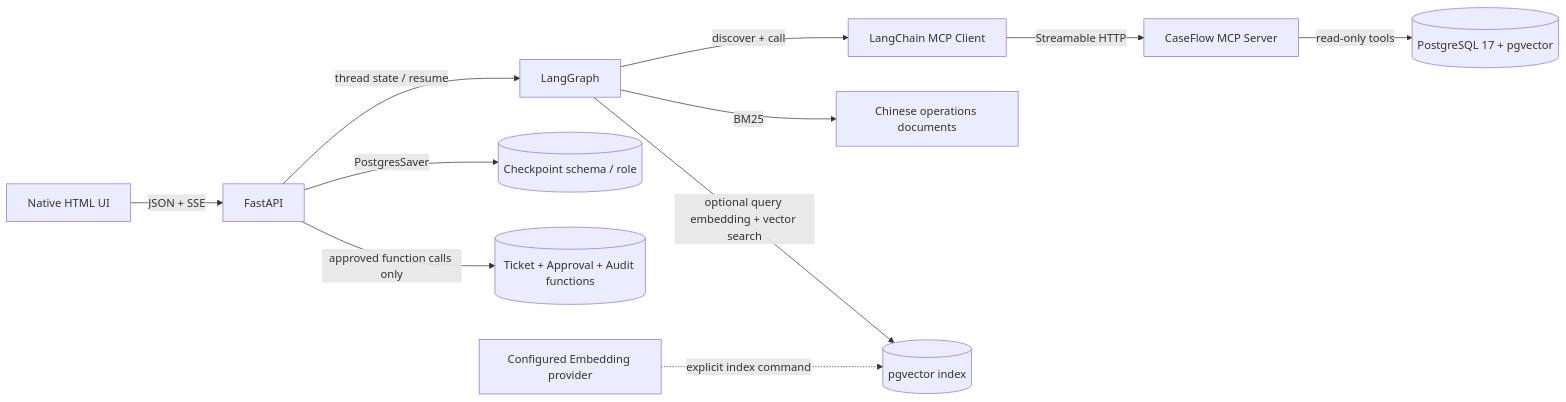
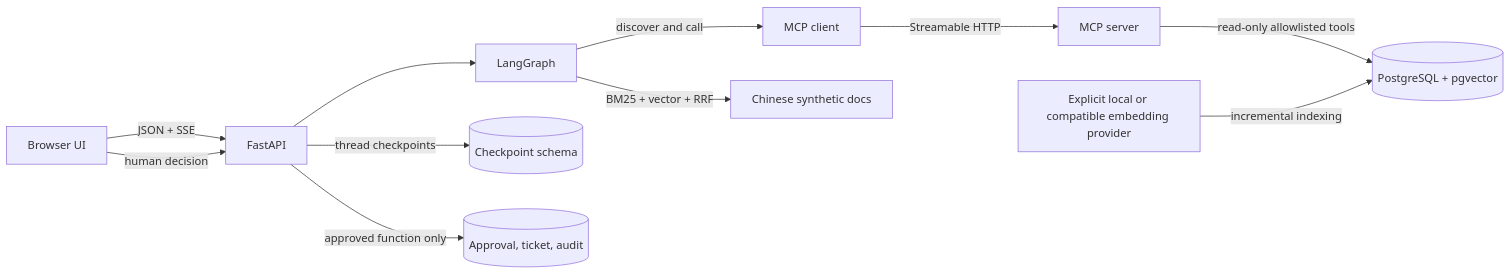
One commit to Yangm0/CaseFlow-Agent changed the first of 2 diagrams in README.md. Above: the diagram before and after it, drawn with Mermaid. The commit also changed other lines of this file and 25 other files, not shown here.

````diff
--- a/README.md
+++ b/README.md
@@ -26,13 +17,13 @@
 ```mermaid
 flowchart LR
-  Browser[Native HTML UI] -->|JSON + SSE| API[FastAPI]
-  API -->|thread state / resume| Graph[LangGraph]
-  Graph -->|discover + call| Client[LangChain MCP Client]
-  Client -->|Streamable HTTP| MCP[CaseFlow MCP Server]
-  MCP -->|read-only tools| PG[(PostgreSQL 17 + pgvector)]
-  API -->|PostgresSaver| CP[(Checkpoint schema / role)]
-  API -->|approved function calls only| Actions[(Ticket + Approval + Audit functions)]
-  Graph -->|BM25| Docs[Chinese operations documents]
-  Graph -->|optional query embedding + vector search| Vectors[(pgvector index)]
-  Embed[Configured Embedding provider] -. explicit index command .-> Vectors
+  UI[Browser UI] -->|JSON + SSE| API[FastAPI]
+  API --> Graph[LangGraph]
+  Graph -->|discover and call| Client[MCP client]
+  Client -->|Streamable HTTP| MCP[MCP server]
+  MCP -->|read-only allowlisted tools| PG[(PostgreSQL + pgvector)]
+  API -->|thread checkpoints| CP[(Checkpoint schema)]
+  Graph -->|BM25 + vector + RRF| Docs[Chinese synthetic docs]
+  Embed[Explicit local or compatible embedding provider] -->|incremental indexing| PG
+  UI -->|human decision| API
+  API -->|approved function only| Action[(Approval, ticket, audit)]
 ```
````
